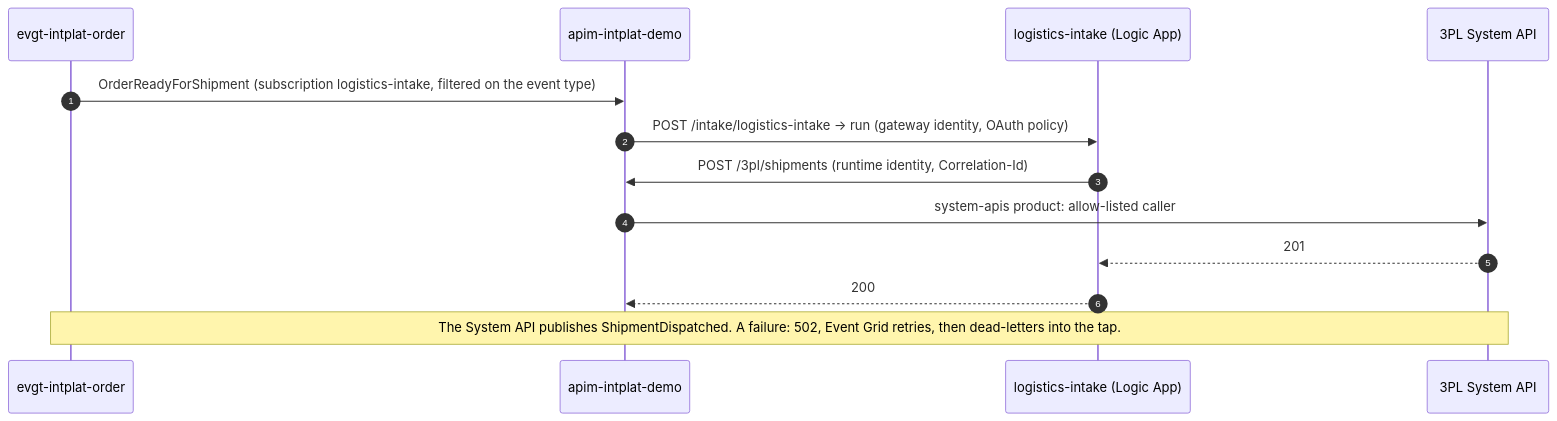
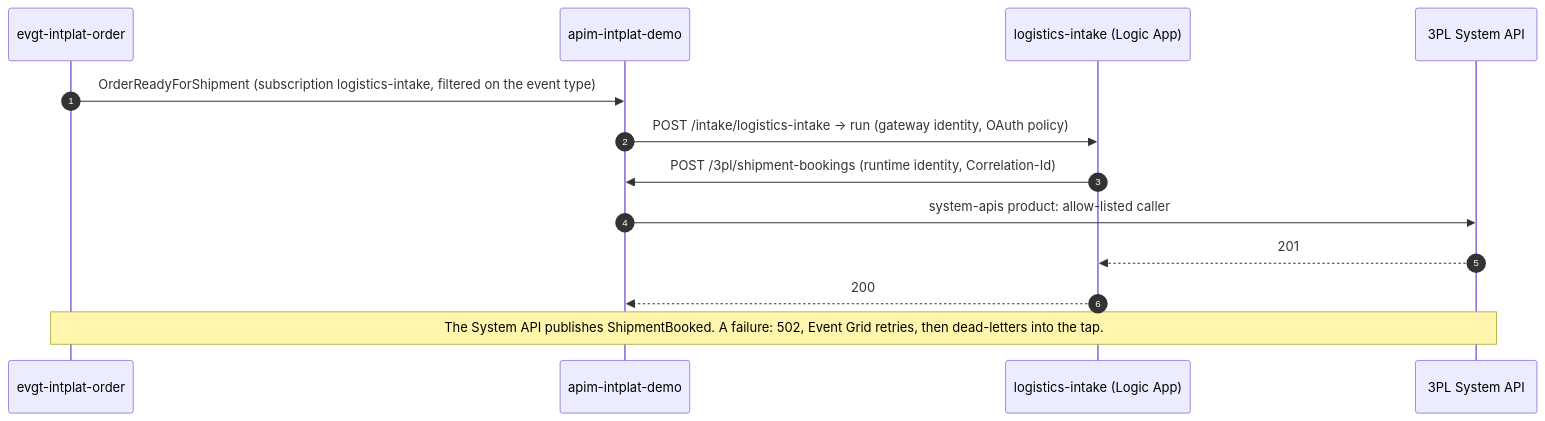
The first of 3 diagrams in README.md (azure-intelligence-domain/logistics-intake), drawn with Mermaid before and after one commit. The commit also changed other lines of this file and 4 other files, not shown here.

````diff
--- a/README.md
+++ b/README.md
@@ -15,15 +16,15 @@
 ```mermaid
 sequenceDiagram
     autonumber
     participant EG as evgt-intplat-order
     participant G as apim-intplat-demo
     participant LA as logistics-intake (Logic App)
     participant S as 3PL System API
     EG->>G: OrderReadyForShipment (subscription logistics-intake, filtered on the event type)
     G->>LA: POST /intake/logistics-intake → run (gateway identity, OAuth policy)
-    LA->>G: POST /3pl/shipments (runtime identity, Correlation-Id)
+    LA->>G: POST /3pl/shipment-bookings (runtime identity, Correlation-Id)
     G->>S: system-apis product: allow-listed caller
     S-->>LA: 201
     LA-->>G: 200
-    Note over EG,S: The System API publishes ShipmentDispatched. A failure: 502, Event Grid retries, then dead-letters into the tap.
+    Note over EG,S: The System API publishes ShipmentBooked. A failure: 502, Event Grid retries, then dead-letters into the tap.
 ```
````
